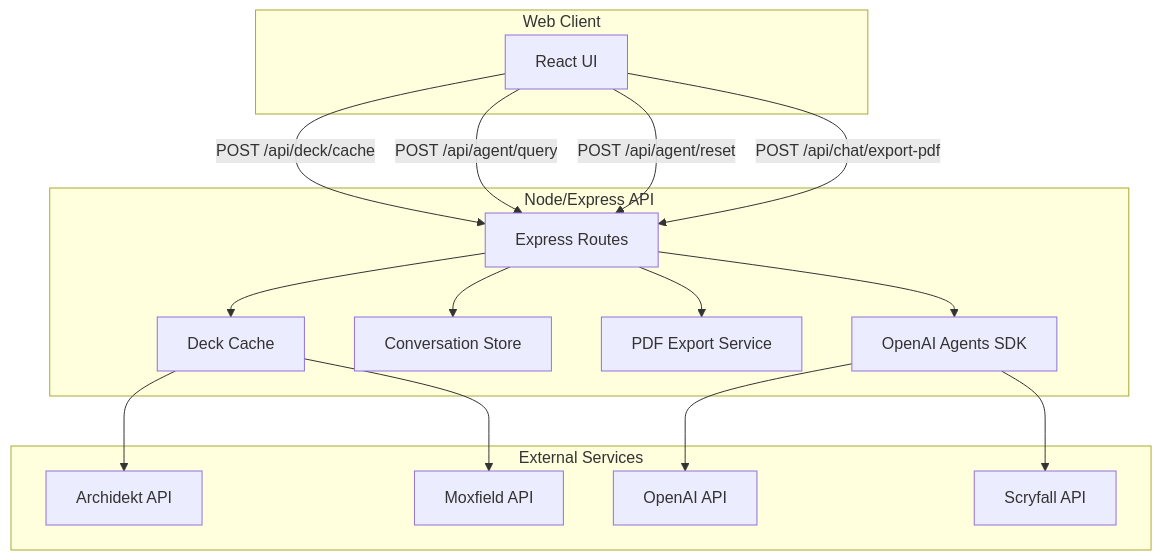
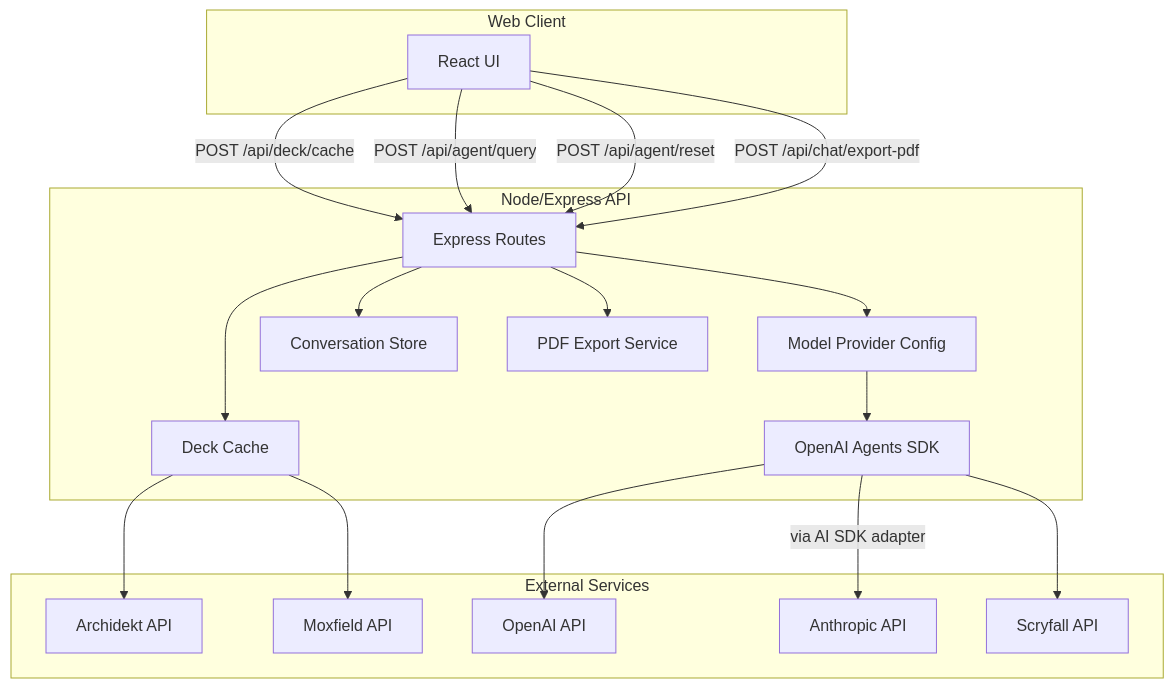
The diagram in docs/architecture.md (dougsaus/before-that-resolves), drawn with Mermaid before and after one commit. The commit also changed other lines of this file and 26 other files, not shown here.

First line of the commit message:
Add Anthropic Claude provider support alongside OpenAI

````diff
--- a/docs/architecture.md
+++ b/docs/architecture.md
@@ -7,36 +7,40 @@
 ```mermaid
 graph TD
   subgraph Client[Web Client]
     UI[React UI]
   end
 
   subgraph Server[Node/Express API]
     API[Express Routes]
     DeckCache[Deck Cache]
     ConvStore[Conversation Store]
     PDF[PDF Export Service]
+    ModelProvider[Model Provider Config]
     Agents[OpenAI Agents SDK]
   end
 
   subgraph External[External Services]
     OpenAI[OpenAI API]
+    Anthropic[Anthropic API]
     Archidekt[Archidekt API]
     Moxfield[Moxfield API]
     Scryfall[Scryfall API]
   end
 
   UI -->|POST /api/deck/cache| API
   UI -->|POST /api/agent/query| API
   UI -->|POST /api/agent/reset| API
   UI -->|POST /api/chat/export-pdf| API
 
   API --> DeckCache
   API --> ConvStore
   API --> PDF
-  API --> Agents
+  API --> ModelProvider
+  ModelProvider --> Agents
 
   Agents --> OpenAI
+  Agents -->|via AI SDK adapter| Anthropic
   DeckCache --> Archidekt
   DeckCache --> Moxfield
   Agents --> Scryfall
 ```
````
